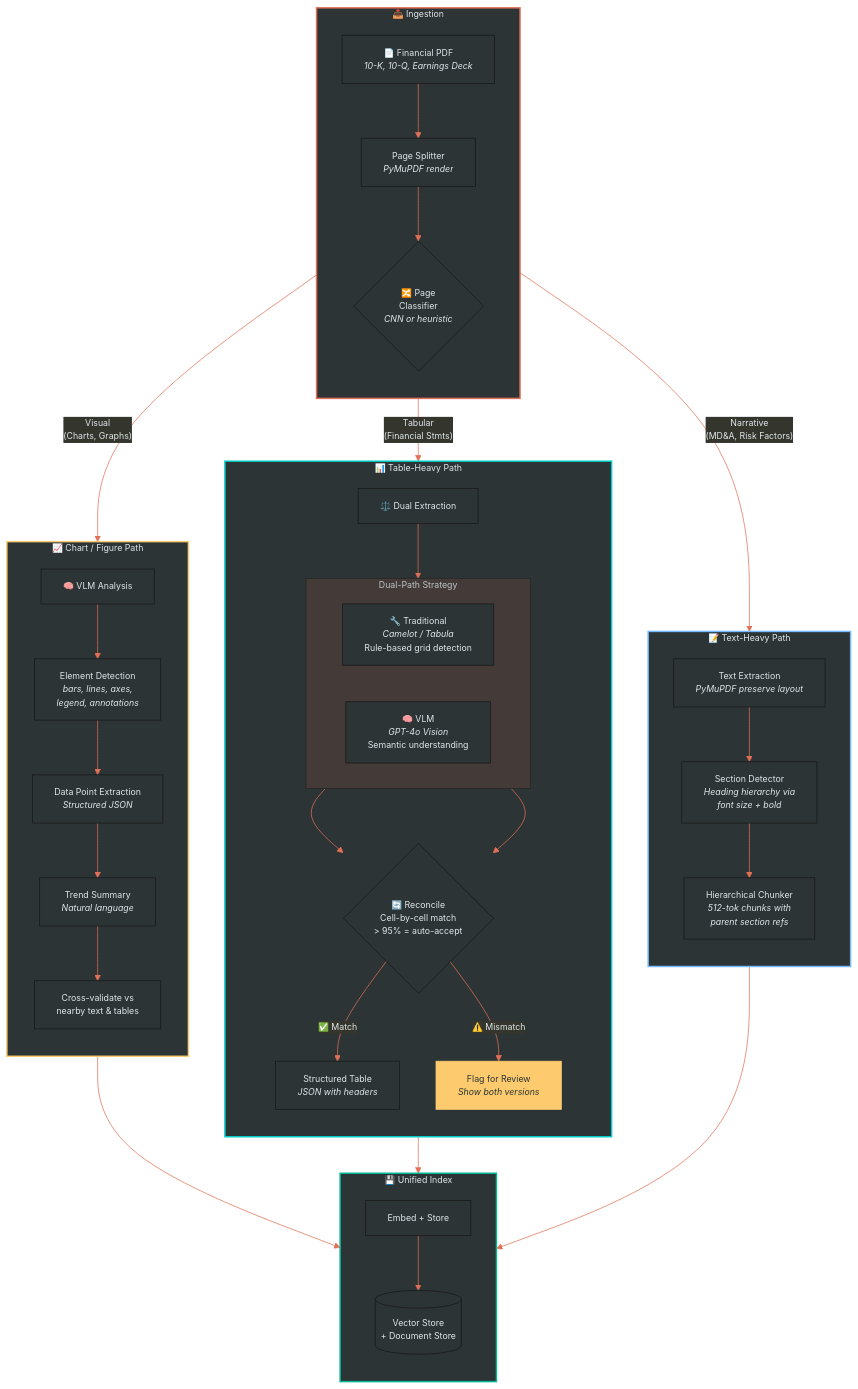
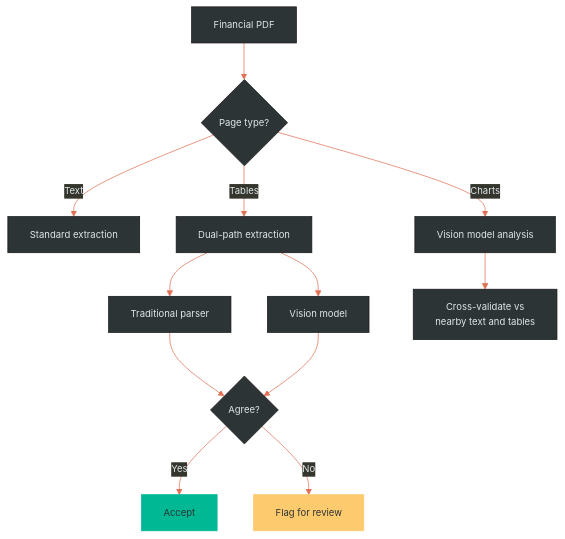
The sixth of 8 diagrams in README.md (climax-dev-1/temp), drawn with Mermaid before and after one commit. The commit also changed other lines of this file, not shown here.

````diff
--- a/README.md
+++ b/README.md
@@ -777,59 +252,20 @@
 ```mermaid
-%%{init: {'theme': 'base', 'themeVariables': { 'primaryColor': '#2d3436', 'primaryTextColor': '#dfe6e9', 'lineColor': '#e17055', 'fontSize': '12px'}}}%%
+%%{init: {'theme': 'base', 'themeVariables': { 'primaryColor': '#2d3436', 'primaryTextColor': '#dfe6e9', 'lineColor': '#e17055', 'fontSize': '13px'}}}%%
 flowchart TB
-    PDF["📄 Financial PDF<br/><i>10-K, 10-Q, Earnings Deck</i>"]
+    PDF["Financial PDF"] --> CLASS{"Page type?"}
+    CLASS -->|"Text"| TEXT["Standard extraction"]
+    CLASS -->|"Tables"| DUAL["Dual-path extraction"]
+    CLASS -->|"Charts"| VLM["Vision model analysis"]
 
-    subgraph INGEST["📥 Ingestion"]
-        direction TB
-        PDF --> SPLIT["Page Splitter<br/><i>PyMuPDF render</i>"]
-        SPLIT --> CLASS{"🔀 Page<br/>Classifier<br/><i>CNN or heuristic</i>"}
-    end
+    DUAL --> TRAD["Traditional parser"]
+    DUAL --> VISION["Vision model"]
+    TRAD --> MATCH{"Agree?"}
+    VISION --> MATCH
+    MATCH -->|"Yes"| ACCEPT["Accept"]
+    MATCH -->|"No"| FLAG["Flag for review"]
 
-    subgraph TEXT_PATH["📝 Text-Heavy Path"]
-        direction TB
-        CLASS -->|"Narrative<br/>(MD&A, Risk Factors)"| TEXT_EX["Text Extraction<br/><i>PyMuPDF preserve layout</i>"]
-        TEXT_EX --> SECTION["Section Detector<br/><i>Heading hierarchy via<br/>font size + bold</i>"]
-        SECTION --> HCHUNK["Hierarchical Chunker<br/><i>512-tok chunks with<br/>parent section refs</i>"]
-    end
+    VLM --> XVAL["Cross-validate vs<br/>nearby text and tables"]
 
-    subgraph TABLE_PATH["📊 Table-Heavy Path"]
-        direction TB
-        CLASS -->|"Tabular<br/>(Financial Stmts)"| DUAL["⚖️ Dual Extraction"]
-
-        subgraph DUAL_DETAIL["Dual-Path Strategy"]
-            direction LR
-            TRAD["🔧 Traditional<br/><i>Camelot / Tabula</i><br/>Rule-based grid detection"]
-            VLM_T["🧠 VLM<br/><i>GPT-4o Vision</i><br/>Semantic understanding"]
-        end
-
-        DUAL --> DUAL_DETAIL
-        TRAD --> RECON{"🔄 Reconcile<br/>Cell-by-cell match<br/>> 95% = auto-accept"}
-        VLM_T --> RECON
-        RECON -->|"✅ Match"| TABLE_OUT["Structured Table<br/><i>JSON with headers</i>"]
-        RECON -->|"⚠️ Mismatch"| FLAG["Flag for Review<br/><i>Show both versions</i>"]
-    end
-
-    subgraph CHART_PATH["📈 Chart / Figure Path"]
-        direction TB
-        CLASS -->|"Visual<br/>(Charts, Graphs)"| VLM_C["🧠 VLM Analysis"]
-        VLM_C --> ELEM["Element Detection<br/><i>bars, lines, axes,<br/>legend, annotations</i>"]
-        ELEM --> DATA_PT["Data Point Extraction<br/><i>Structured JSON</i>"]
-        DATA_PT --> TREND["Trend Summary<br/><i>Natural language</i>"]
-        TREND --> XVAL["Cross-validate vs<br/>nearby text & tables"]
-    end
-
-    subgraph OUTPUT["💾 Unified Index"]
-        direction TB
-        HCHUNK --> EMBED["Embed + Store"]
-        TABLE_OUT --> EMBED
-        XVAL --> EMBED
-        EMBED --> VS[("Vector Store<br/>+ Document Store")]
-    end
-
-    style INGEST fill:#2d3436,stroke:#e17055,stroke-width:2px,color:#dfe6e9
-    style TEXT_PATH fill:#2d3436,stroke:#74b9ff,stroke-width:2px,color:#dfe6e9
-    style TABLE_PATH fill:#2d3436,stroke:#00cec9,stroke-width:2px,color:#dfe6e9
-    style CHART_PATH fill:#2d3436,stroke:#fdcb6e,stroke-width:2px,color:#dfe6e9
-    style OUTPUT fill:#2d3436,stroke:#00b894,stroke-width:2px,color:#dfe6e9
+    style ACCEPT fill:#00b894,stroke:#00b894,color:#2d3436
     style FLAG fill:#fdcb6e,stroke:#fdcb6e,color:#2d3436
 ```
````
